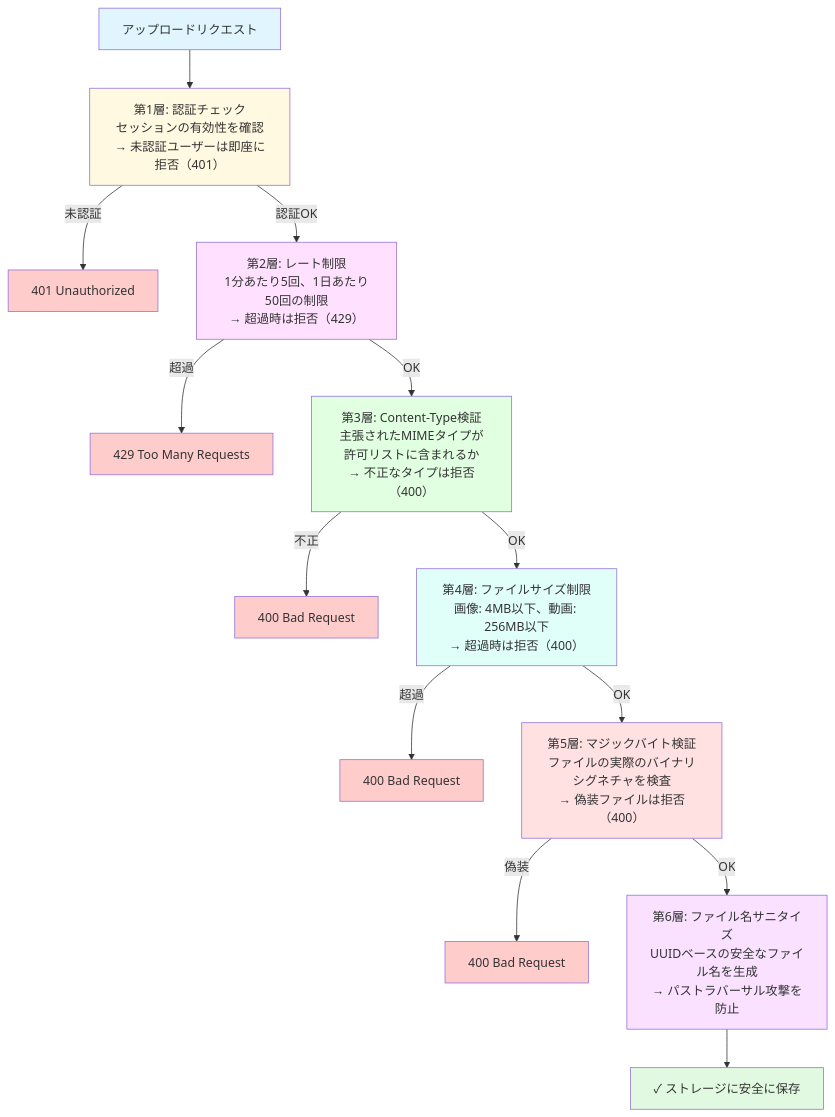
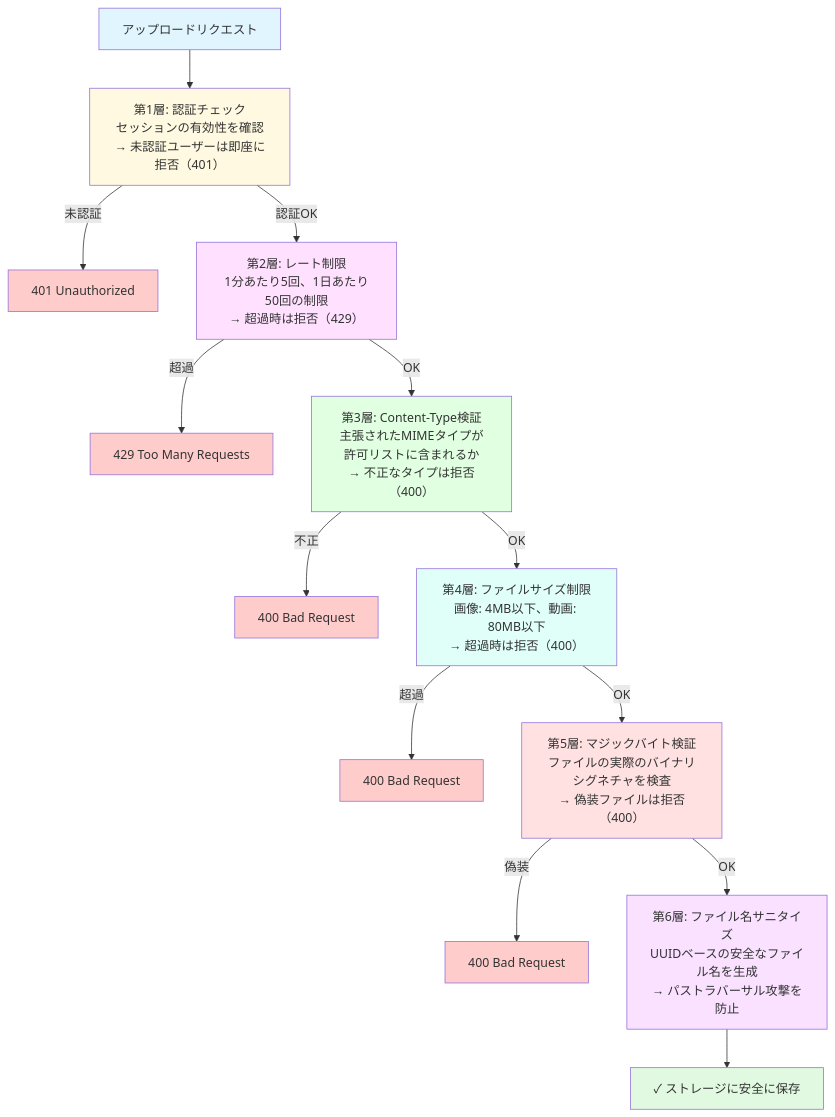
Before and after one commit to oltotlo79-rgb/Bon_Log_cfw: diagram 16 of 24 in docs/tutorial/11_upload.md, drawn with Mermaid. The commit also changed other lines of this file and 35 other files, not shown here.

````diff
--- a/docs/tutorial/11_upload.md
+++ b/docs/tutorial/11_upload.md
@@ -4577,35 +4577,35 @@
 ```mermaid
 flowchart TD
     Start["アップロードリクエスト"] --> Layer1["第1層: 認証チェック<br/>セッションの有効性を確認<br/>→ 未認証ユーザーは即座に拒否（401）"]
 
     Layer1 -->|未認証| E1["401 Unauthorized"]
     Layer1 -->|認証OK| Layer2["第2層: レート制限<br/>1分あたり5回、1日あたり50回の制限<br/>→ 超過時は拒否（429）"]
 
     Layer2 -->|超過| E2["429 Too Many Requests"]
     Layer2 -->|OK| Layer3["第3層: Content-Type検証<br/>主張されたMIMEタイプが許可リストに含まれるか<br/>→ 不正なタイプは拒否（400）"]
 
     Layer3 -->|不正| E3["400 Bad Request"]
-    Layer3 -->|OK| Layer4["第4層: ファイルサイズ制限<br/>画像: 4MB以下、動画: 256MB以下<br/>→ 超過時は拒否（400）"]
+    Layer3 -->|OK| Layer4["第4層: ファイルサイズ制限<br/>画像: 4MB以下、動画: 80MB以下<br/>→ 超過時は拒否（400）"]
 
     Layer4 -->|超過| E4["400 Bad Request"]
     Layer4 -->|OK| Layer5["第5層: マジックバイト検証<br/>ファイルの実際のバイナリシグネチャを検査<br/>→ 偽装ファイルは拒否（400）"]
 
     Layer5 -->|偽装| E5["400 Bad Request"]
     Layer5 -->|OK| Layer6["第6層: ファイル名サニタイズ<br/>UUIDベースの安全なファイル名を生成<br/>→ パストラバーサル攻撃を防止"]
 
     Layer6 --> Success["✓ ストレージに安全に保存"]
 
     style Start fill:#e1f5ff
     style Layer1 fill:#fff9e1
     style Layer2 fill:#ffe1ff
     style Layer3 fill:#e1ffe1
     style Layer4 fill:#e1fff9
     style Layer5 fill:#ffe1e1
     style Layer6 fill:#f9e1ff
     style Success fill:#e1f9e1
     style E1 fill:#ffcccc
     style E2 fill:#ffcccc
     style E3 fill:#ffcccc
     style E4 fill:#ffcccc
     style E5 fill:#ffcccc
 ```
````
